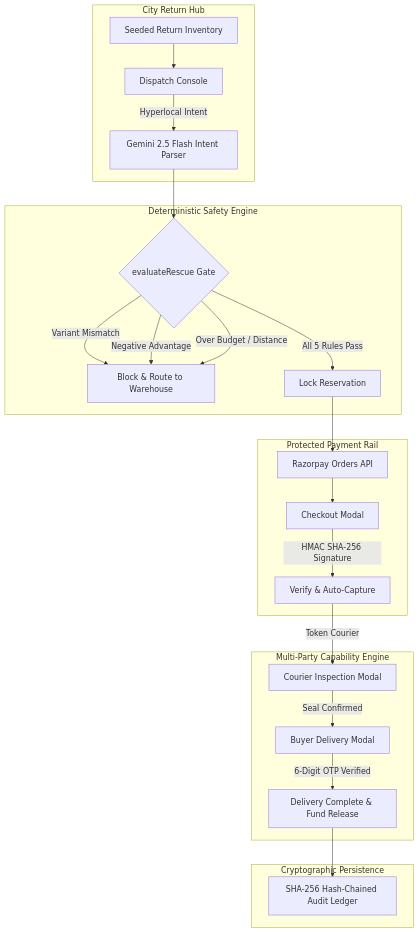
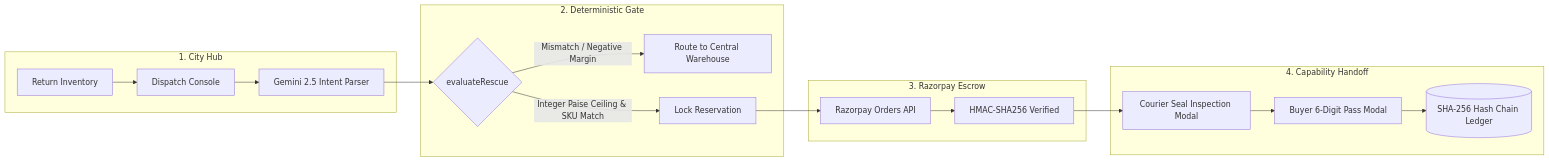
Before and after one commit to Vedag812/SecondHop: the diagram in README.md, drawn with Mermaid. The commit also changed other lines of this file, not shown here.

First line of the commit message:
docs: refine technical README with concise architecture, challenge solutions & quickstart

````diff
--- a/README.md
+++ b/README.md
@@ -106,31 +52,24 @@
 ```mermaid
-flowchart TD
-    subgraph Hub [City Return Hub]
-        P[Seeded Return Inventory] --> D[Dispatch Console]
-        D -->|Hyperlocal Intent| G[Gemini 2.5 Flash Intent Parser]
+flowchart LR
+    subgraph Hub [1. City Hub]
+        P[Return Inventory] --> D[Dispatch Console]
+        D --> G[Gemini 2.5 Intent Parser]
     end
 
-    subgraph Gate [Deterministic Safety Engine]
-        G --> SG{evaluateRescue Gate}
-        SG -->|Variant Mismatch| R[Block & Route to Warehouse]
-        SG -->|Negative Advantage| R
-        SG -->|Over Budget / Distance| R
-        SG -->|All 5 Rules Pass| RES[Lock Reservation]
+    subgraph Gate [2. Deterministic Gate]
+        G --> SG{evaluateRescue}
+        SG -->|Mismatch / Negative Margin| R[Route to Central Warehouse]
+        SG -->|Integer Paise Ceiling & SKU Match| RES[Lock Reservation]
     end
 
-    subgraph Escrow [Protected Payment Rail]
+    subgraph Escrow [3. Razorpay Escrow]
         RES --> RO[Razorpay Orders API]
-        RO --> CHK[Checkout Modal]
-        CHK -->|HMAC SHA-256 Signature| VER[Verify & Auto-Capture]
+        RO --> VER[HMAC-SHA256 Verified]
     end
 
-    subgraph Handoff [Multi-Party Capability Engine]
-        VER -->|Token Courier| CMOD[Courier Inspection Modal]
-        CMOD -->|Seal Confirmed| BMOD[Buyer Delivery Modal]
-        BMOD -->|6-Digit OTP Verified| DEL[Delivery Complete & Fund Release]
-    end
-
-    subgraph Ledger [Cryptographic Persistence]
-        DEL --> HASH[SHA-256 Hash-Chained Audit Ledger]
+    subgraph Handoff [4. Capability Handoff]
+        VER --> CMOD[Courier Seal Inspection Modal]
+        CMOD --> BMOD[Buyer 6-Digit Pass Modal]
+        BMOD --> LEDGER[(SHA-256 Hash Chain Ledger)]
     end
 ```
````
